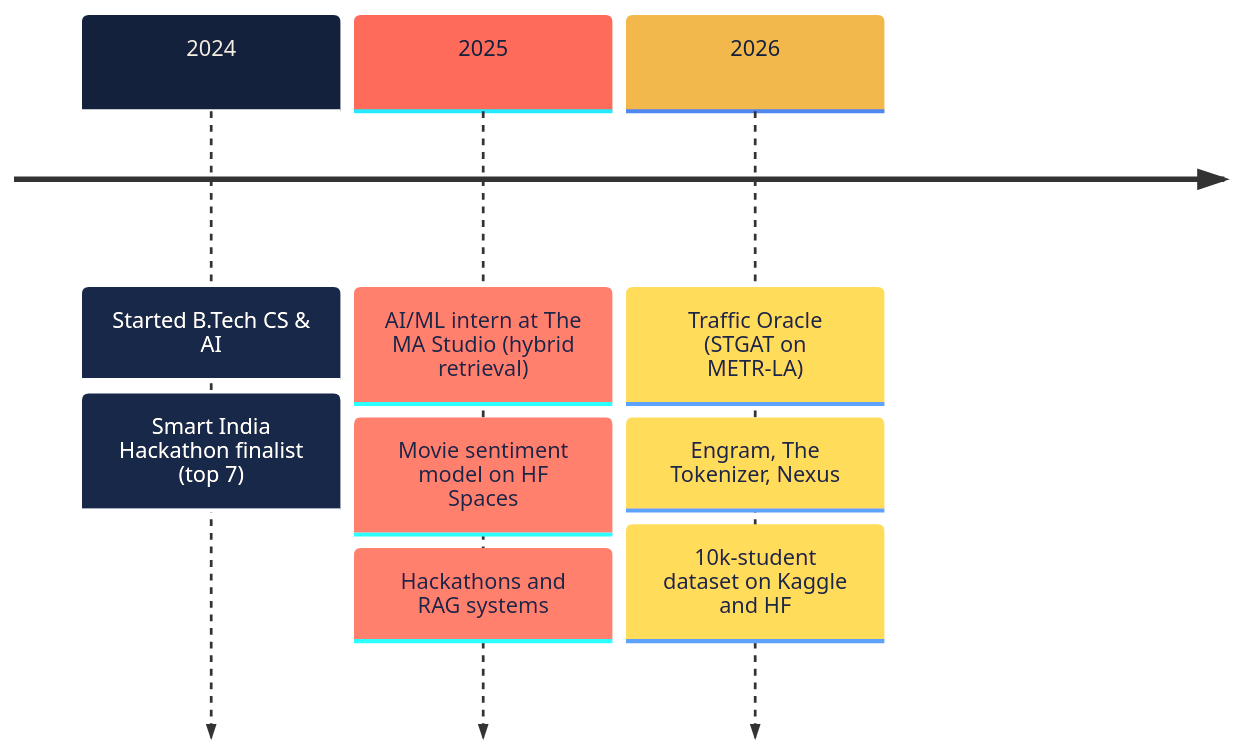
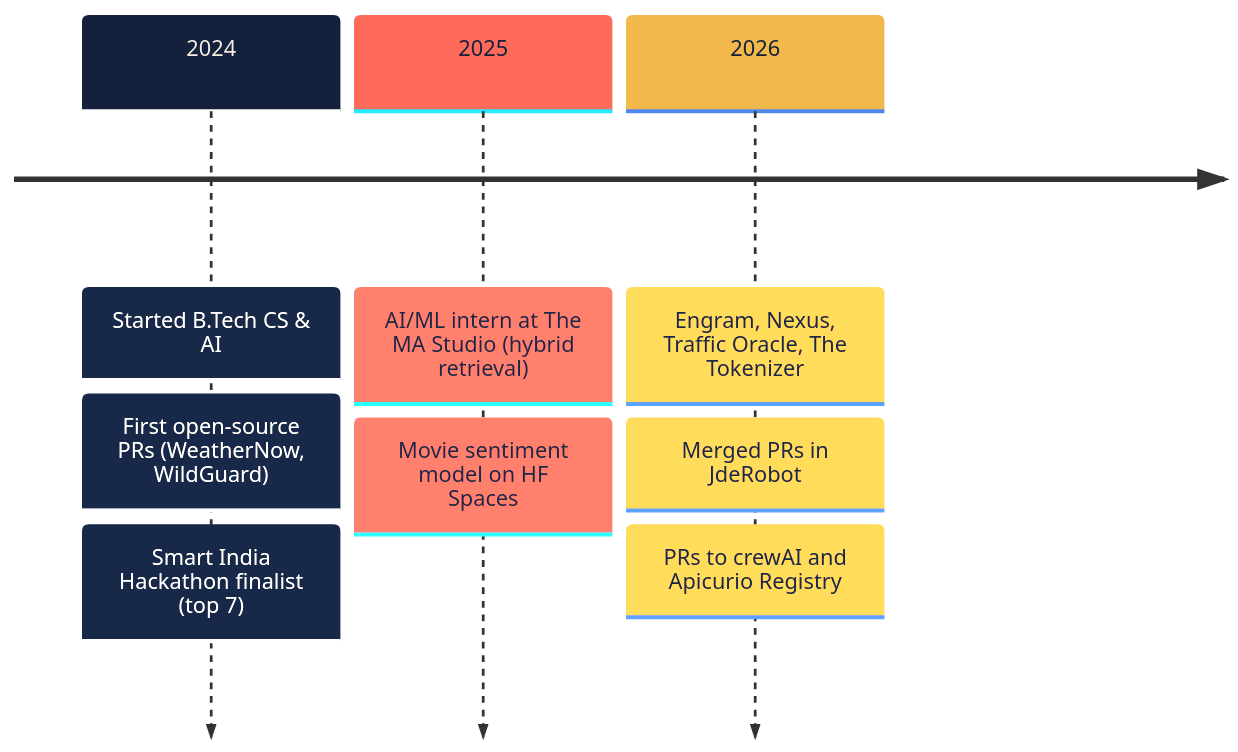
The diagram in README.md (Pranav-Singh-Devloper/Pranav-Singh-Devloper), drawn with Mermaid before and after one commit. The commit also changed other lines of this file and 7 other files, not shown here.

````diff
--- a/README.md
+++ b/README.md
@@ -149,12 +158,12 @@
 ```mermaid
 %%{init: {'theme':'base','themeVariables':{'fontFamily':'ui-sans-serif, system-ui','cScale0':'#14213D','cScaleLabel0':'#F4EDE0','cScale1':'#FF6B5B','cScaleLabel1':'#14213D','cScale2':'#F2B84B','cScaleLabel2':'#14213D'}}}%%
 timeline
     2024 : Started B.Tech CS & AI
+         : First open-source PRs (WeatherNow, WildGuard)
          : Smart India Hackathon finalist (top 7)
     2025 : AI/ML intern at The MA Studio (hybrid retrieval)
          : Movie sentiment model on HF Spaces
-         : Hackathons and RAG systems
-    2026 : Traffic Oracle (STGAT on METR-LA)
-         : Engram, The Tokenizer, Nexus
-         : 10k-student dataset on Kaggle and HF
+    2026 : Engram, Nexus, Traffic Oracle, The Tokenizer
+         : Merged PRs in JdeRobot
+         : PRs to crewAI and Apicurio Registry
 ```
````
